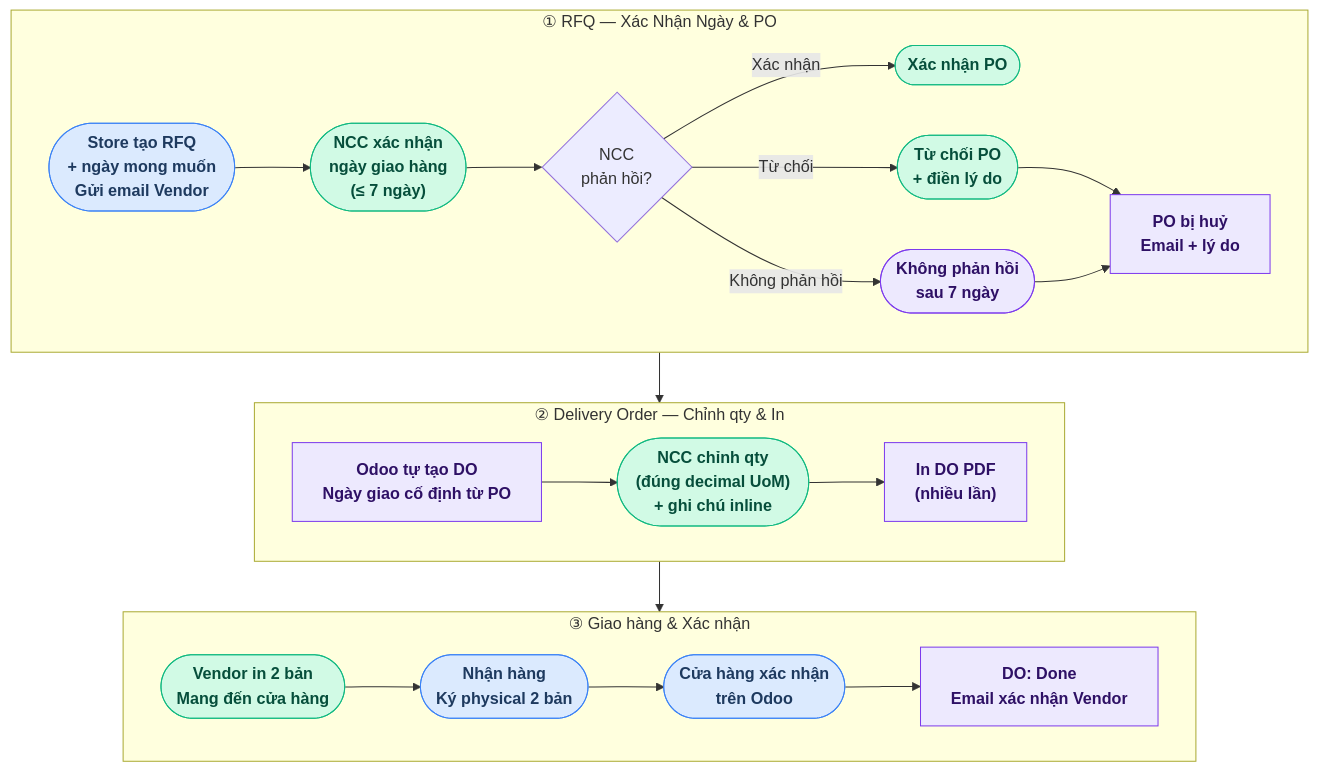
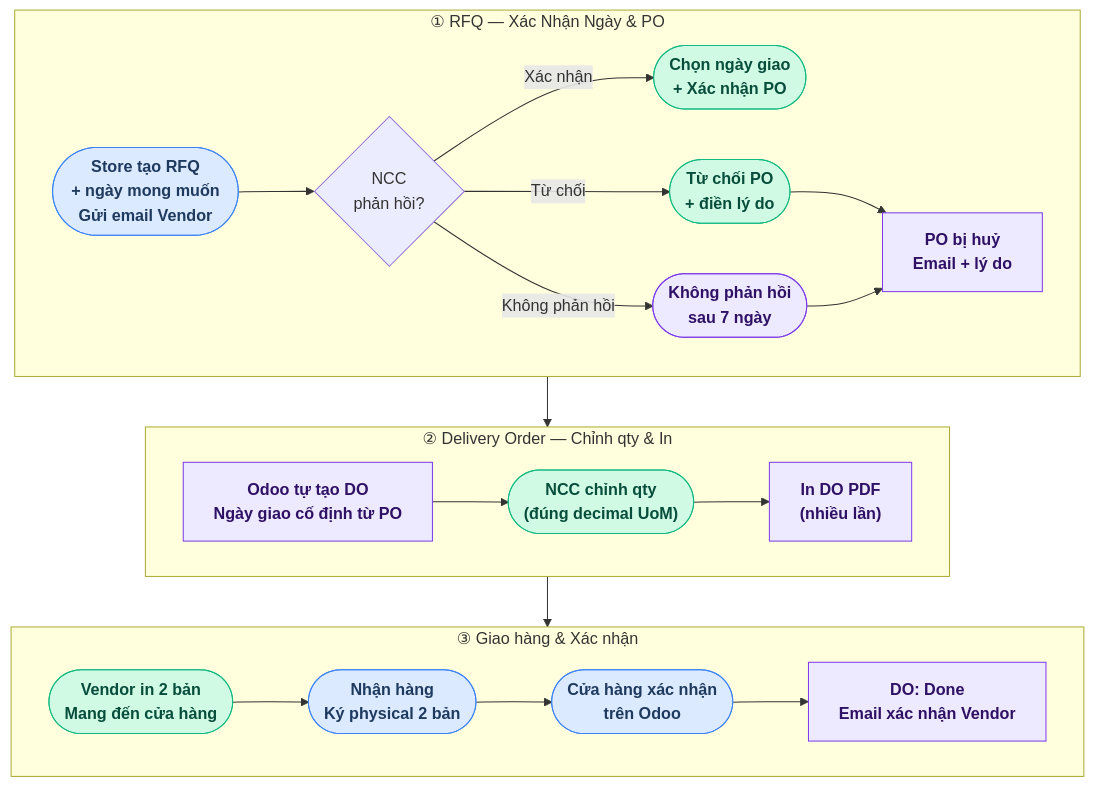
The second of 2 diagrams in README.md (ngohuuduc/3S_vendor_portal), drawn with Mermaid before and after one commit. The commit also changed other lines of this file and 2 other files, not shown here.

First line of the commit message:
Cập nhật tài liệu: nhất quán hoá quy trình DO và ghi chú phiếu

````diff
--- a/README.md
+++ b/README.md
@@ -190,43 +186,42 @@
 ```mermaid
 flowchart TB
     classDef vendor fill:#D1FAE5,stroke:#10B981,color:#064E3B,font-weight:bold
     classDef portal fill:#EDE9FE,stroke:#7C3AED,color:#2E1065,font-weight:bold
     classDef store  fill:#DBEAFE,stroke:#3B82F6,color:#1E3A5F,font-weight:bold
 
     subgraph R1["① RFQ — Xác Nhận Ngày & PO"]
         direction LR
         S1(["Store tạo RFQ\n+ ngày mong muốn\nGửi email Vendor"]):::store
-        V_D(["NCC xác nhận\nngày giao hàng\n(≤ 7 ngày)"]):::vendor
         V0{"NCC\nphản hồi?"}
-        V_C(["Xác nhận PO"]):::vendor
+        V_C(["Chọn ngày giao\n+ Xác nhận PO"]):::vendor
         V_R(["Từ chối PO\n+ điền lý do"]):::vendor
         V_A(["Không phản hồi\nsau 7 ngày"]):::portal
         P_X["PO bị huỷ\nEmail + lý do"]:::portal
-        S1 --> V_D --> V0
+        S1 --> V0
         V0 -- Xác nhận --> V_C
         V0 -- Từ chối --> V_R
         V0 -- Không phản hồi --> V_A
         V_R --> P_X
         V_A --> P_X
     end
 
     subgraph R2["② Delivery Order — Chỉnh qty & In"]
         direction LR
         P_DO["Odoo tự tạo DO\nNgày giao cố định từ PO"]:::portal
-        V1(["NCC chỉnh qty\n(đúng decimal UoM)\n+ ghi chú inline"]):::vendor
+        V1(["NCC chỉnh qty\n(đúng decimal UoM)"]):::vendor
         P1["In DO PDF\n(nhiều lần)"]:::portal
         P_DO --> V1 --> P1
     end
 
     subgraph R3["③ Giao hàng & Xác nhận"]
         direction LR
         V3(["Vendor in 2 bản\nMang đến cửa hàng"]):::vendor
         D1(["Nhận hàng\nKý physical 2 bản"]):::store
         D2(["Cửa hàng xác nhận\ntrên Odoo"]):::store
         P2["DO: Done\nEmail xác nhận Vendor"]:::portal
         V3 --> D1 --> D2 --> P2
     end
 
     V_C --> P_DO
     P1  --> V3
 ```
````
